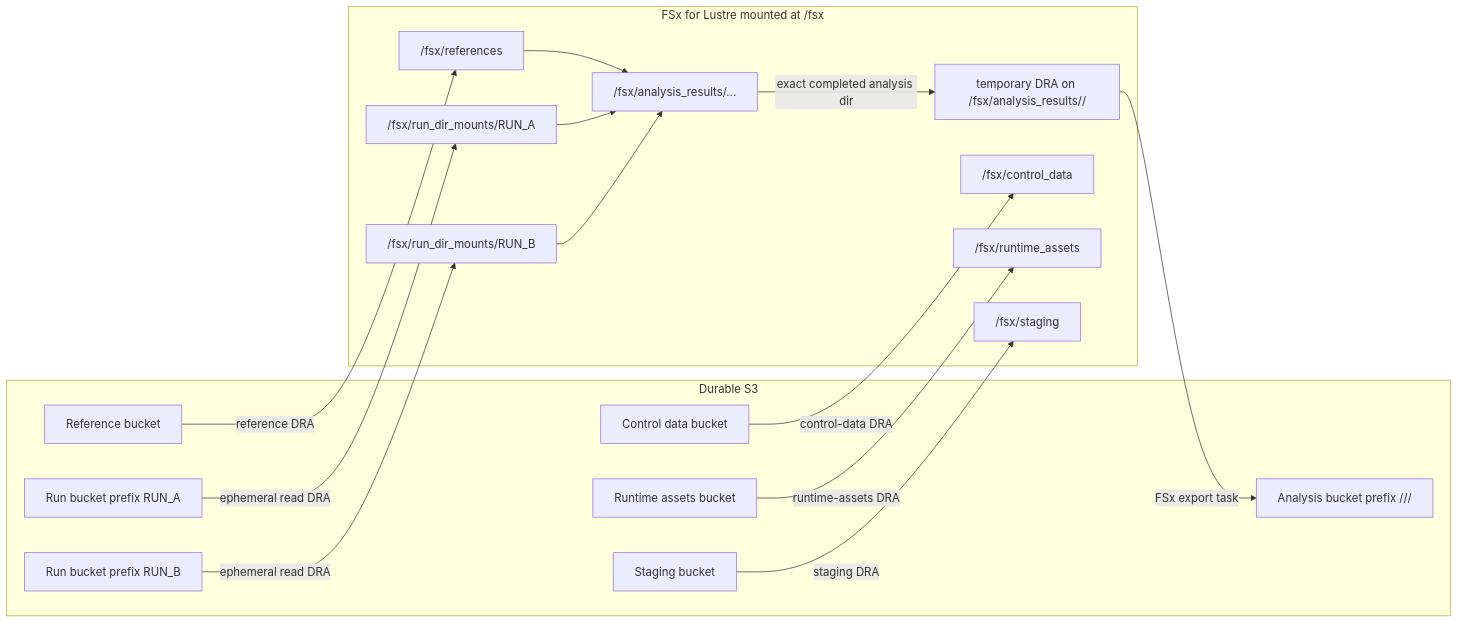
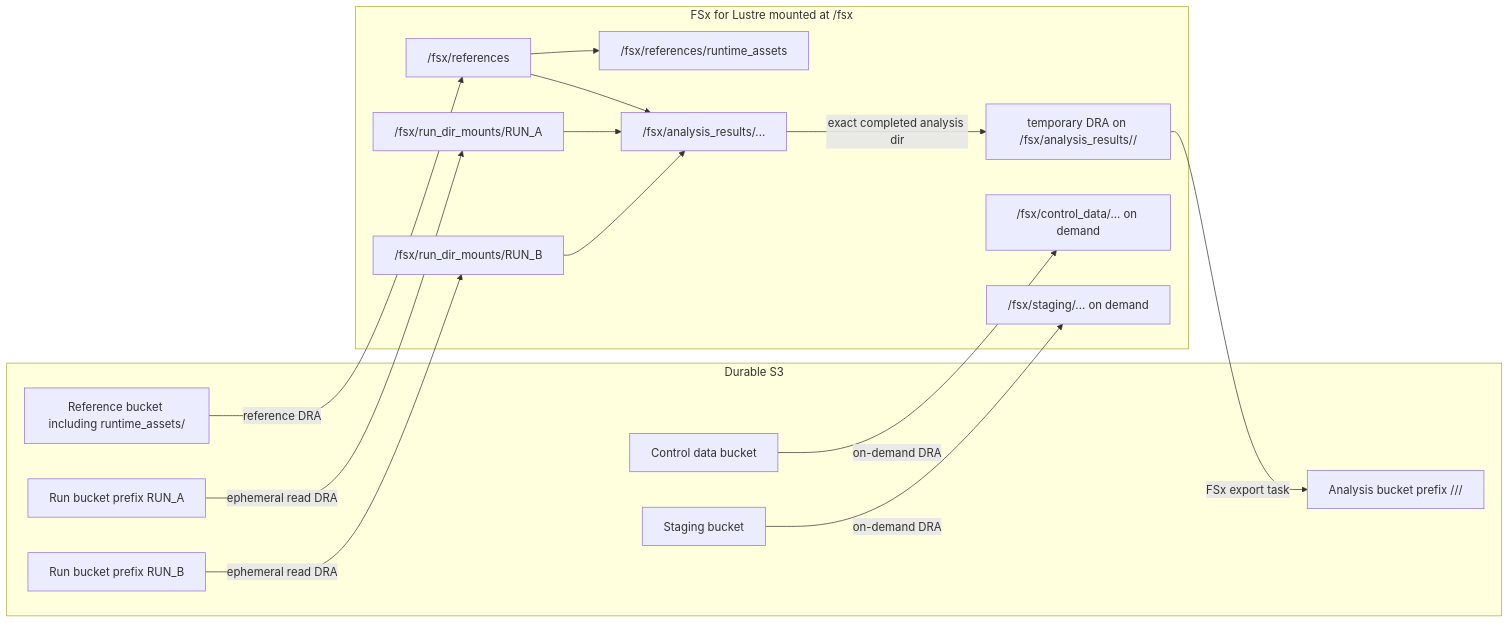
One commit to Daylily-Informatics/daylily-ephemeral-cluster changed the second of 3 diagrams in docs/dra_fsx_strategy.md. Above: the diagram before and after it, drawn with Mermaid. The commit also changed other lines of this file and 66 other files, not shown here.

Commit message:
Use references mount for runtime assets

````diff
--- a/docs/dra_fsx_strategy.md
+++ b/docs/dra_fsx_strategy.md
@@ -58,35 +56,34 @@
 ```mermaid
 flowchart LR
   subgraph S3["Durable S3"]
-    Ref["Reference bucket"]
+    Ref["Reference bucket including runtime_assets/"]
     Ctrl["Control data bucket"]
-    Runtime["Runtime assets bucket"]
     Stage["Staging bucket"]
     RunA["Run bucket prefix RUN_A"]
     RunB["Run bucket prefix RUN_B"]
     Analysis["Analysis bucket prefix /<executing_entity>/<analysis_id>/"]
   end
 
   subgraph Lustre["FSx for Lustre mounted at /fsx"]
     Data["/fsx/references"]
-    Control["/fsx/control_data"]
-    Assets["/fsx/runtime_assets"]
-    Staging["/fsx/staging"]
+    Assets["/fsx/references/runtime_assets"]
+    Control["/fsx/control_data/... on demand"]
+    Staging["/fsx/staging/... on demand"]
     MntA["/fsx/run_dir_mounts/RUN_A"]
     MntB["/fsx/run_dir_mounts/RUN_B"]
     Results["/fsx/analysis_results/..."]
     Export["temporary DRA on /fsx/analysis_results/<executing_entity>/<analysis_id>"]
   end
 
   Ref -->|reference DRA| Data
-  Ctrl -->|control-data DRA| Control
-  Runtime -->|runtime-assets DRA| Assets
-  Stage -->|staging DRA| Staging
+  Data --> Assets
+  Ctrl -->|on-demand DRA| Control
+  Stage -->|on-demand DRA| Staging
   RunA -->|ephemeral read DRA| MntA
   RunB -->|ephemeral read DRA| MntB
   Data --> Results
   MntA --> Results
   MntB --> Results
   Results -->|exact completed analysis dir| Export
   Export -->|FSx export task| Analysis
 ```
````
